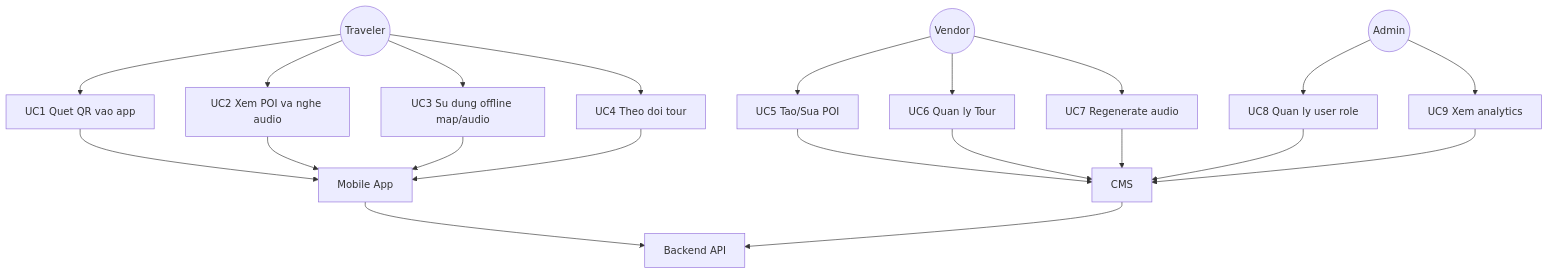
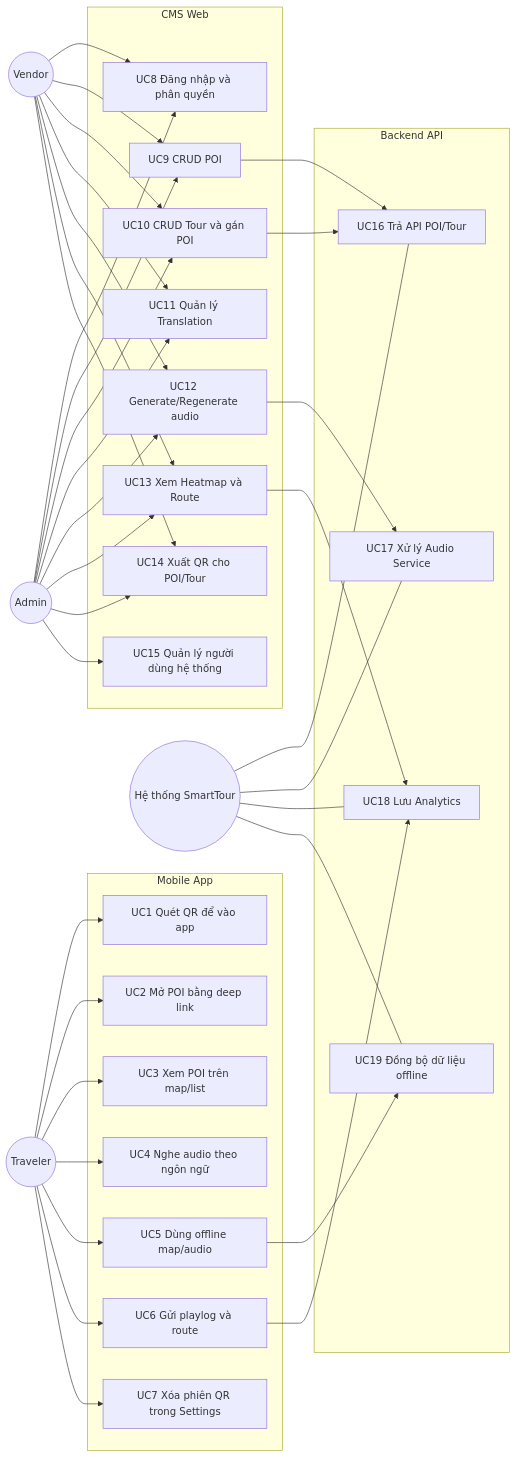
One commit to EricHoang28092k5/SmartTour changed the third of 13 diagrams in PRD_SmartTour.md. Above: the diagram before and after it, drawn with Mermaid. The commit also changed other lines of this file, not shown here.

````diff
--- a/PRD_SmartTour.md
+++ b/PRD_SmartTour.md
@@ -172,33 +364,72 @@
 ```mermaid
-flowchart TB
+flowchart LR
     Traveler((Traveler))
     Vendor((Vendor))
     Admin((Admin))
-    App[Mobile App]
-    Cms[CMS]
-    Api[Backend API]
+    System((Hệ thống SmartTour))
 
-    Traveler --> UC1[UC1 Quet QR vao app]
-    Traveler --> UC2[UC2 Xem POI va nghe audio]
-    Traveler --> UC3[UC3 Su dung offline map/audio]
-    Traveler --> UC4[UC4 Theo doi tour]
+    subgraph MobileApp[Mobile App]
+      UC1[UC1 Quét QR để vào app]
+      UC2[UC2 Mở POI bằng deep link]
+      UC3[UC3 Xem POI trên map/list]
+      UC4[UC4 Nghe audio theo ngôn ngữ]
+      UC5[UC5 Dùng offline map/audio]
+      UC6[UC6 Gửi playlog và route]
+      UC7[UC7 Xóa phiên QR trong Settings]
+    end
 
-    Vendor --> UC5[UC5 Tao/Sua POI]
-    Vendor --> UC6[UC6 Quan ly Tour]
-    Vendor --> UC7[UC7 Regenerate audio]
+    subgraph CMSWeb[CMS Web]
+      UC8[UC8 Đăng nhập và phân quyền]
+      UC9[UC9 CRUD POI]
+      UC10[UC10 CRUD Tour và gán POI]
+      UC11[UC11 Quản lý Translation]
+      UC12[UC12 Generate/Regenerate audio]
+      UC13[UC13 Xem Heatmap và Route]
+      UC14[UC14 Xuất QR cho POI/Tour]
+      UC15[UC15 Quản lý người dùng hệ thống]
+    end
 
-    Admin --> UC8[UC8 Quan ly user role]
-    Admin --> UC9[UC9 Xem analytics]
+    subgraph BackendAPI[Backend API]
+      UC16[UC16 Trả API POI/Tour]
+      UC17[UC17 Xử lý Audio Service]
+      UC18[UC18 Lưu Analytics]
+      UC19[UC19 Đồng bộ dữ liệu offline]
+    end
 
-    UC1 --> App
-    UC2 --> App
-    UC3 --> App
-    UC4 --> App
-    UC5 --> Cms
-    UC6 --> Cms
-    UC7 --> Cms
-    UC8 --> Cms
-    UC9 --> Cms
-    App --> Api
-    Cms --> Api
+    Traveler --> UC1
+    Traveler --> UC2
+    Traveler --> UC3
+    Traveler --> UC4
+    Traveler --> UC5
+    Traveler --> UC6
+    Traveler --> UC7
+
+    Vendor --> UC8
+    Vendor --> UC9
+    Vendor --> UC10
+    Vendor --> UC11
+    Vendor --> UC12
+    Vendor --> UC13
+    Vendor --> UC14
+
+    Admin --> UC8
+    Admin --> UC9
+    Admin --> UC10
+    Admin --> UC11
+    Admin --> UC12
+    Admin --> UC13
+    Admin --> UC14
+    Admin --> UC15
+
+    UC9 --> UC16
+    UC10 --> UC16
+    UC12 --> UC17
+    UC6 --> UC18
+    UC5 --> UC19
+    UC13 --> UC18
+
+    System --- UC16
+    System --- UC17
+    System --- UC18
+    System --- UC19
 ```
````
